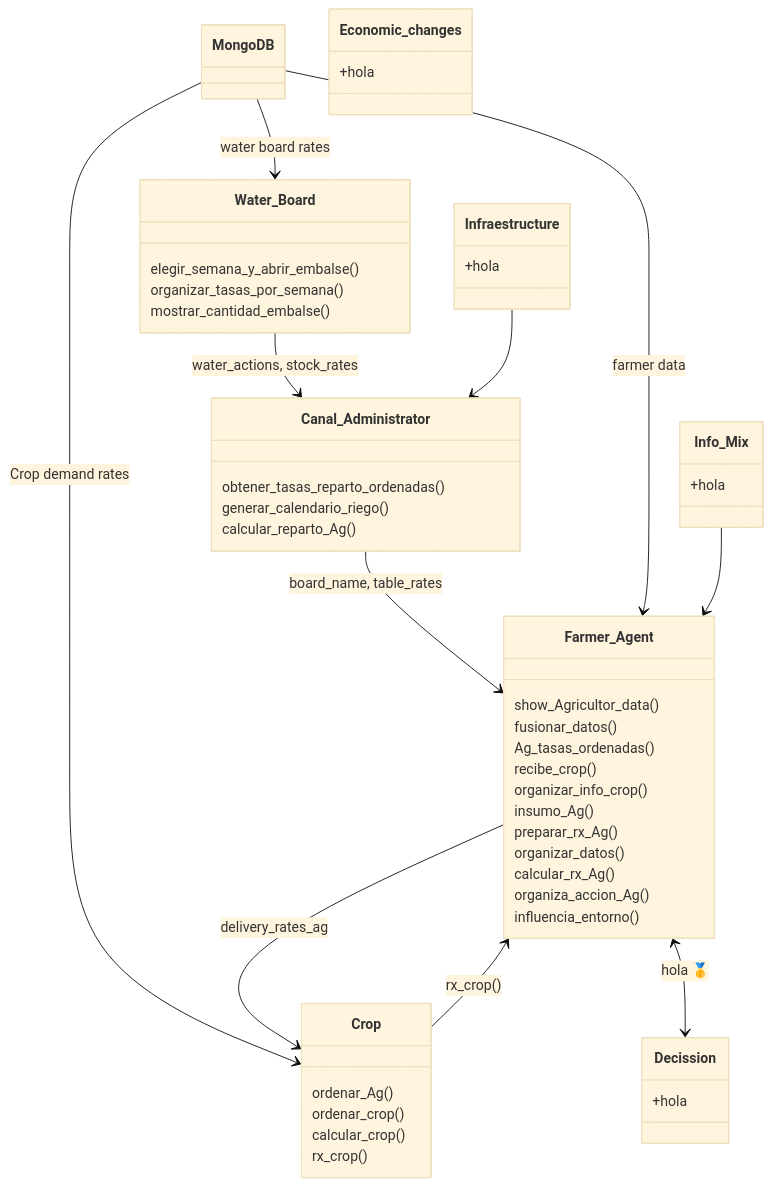
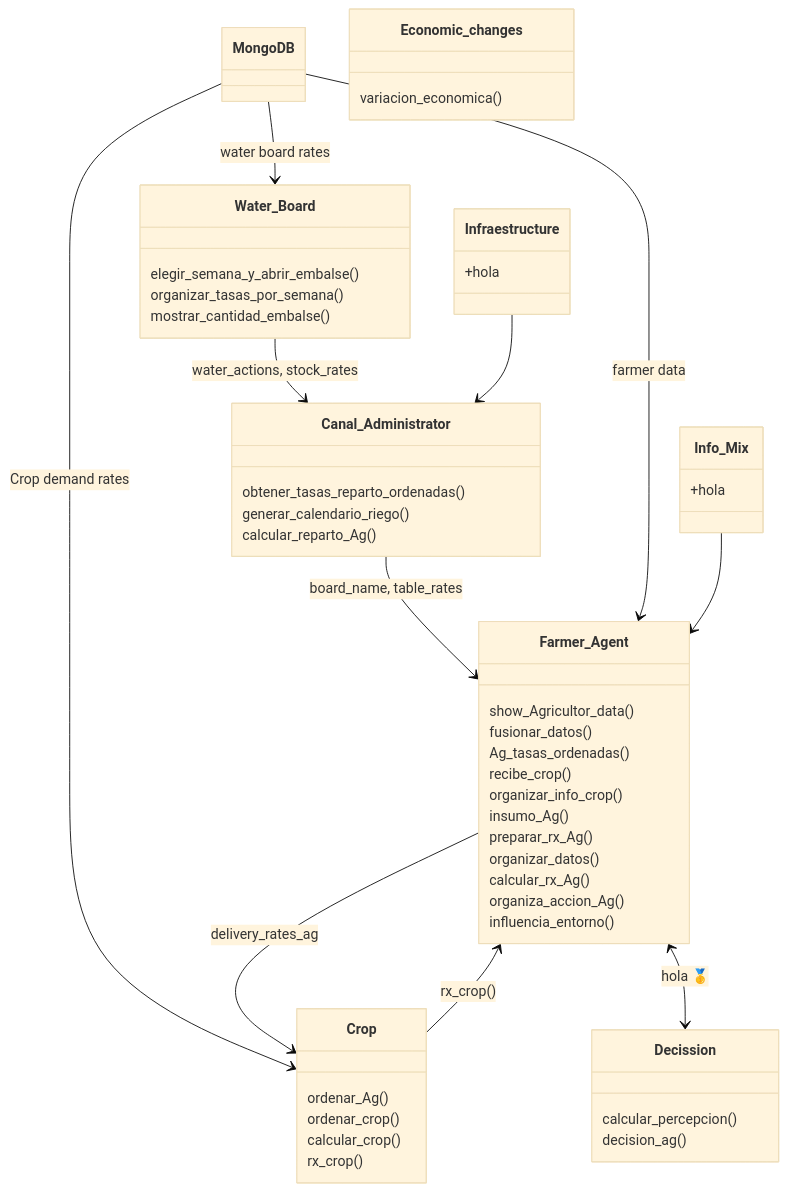
Before and after one commit to Pablov81/Agrotopia: the diagram in README.md, drawn with Mermaid (base theme).

````diff
--- a/README.md
+++ b/README.md
@@ -46,65 +46,66 @@
 ```mermaid
 classDiagram
     class MongoDB {
     }
 
     class Water_Board {
         elegir_semana_y_abrir_embalse()
         organizar_tasas_por_semana()
         mostrar_cantidad_embalse()
     }
 
     class Canal_Administrator{
         obtener_tasas_reparto_ordenadas()
         generar_calendario_riego()
         calcular_reparto_Ag()
     }
 
     class Farmer_Agent {
         show_Agricultor_data()
         fusionar_datos()
         Ag_tasas_ordenadas()
         recibe_crop()
         organizar_info_crop()
         insumo_Ag()
         preparar_rx_Ag()
         organizar_datos()
         calcular_rx_Ag()
         organiza_accion_Ag()
         influencia_entorno()
     }
 
     class Crop {
         ordenar_Ag()
         ordenar_crop()
         calcular_crop()
         rx_crop()
     }
 
     class Decission {
-        +hola
+        calcular_percepcion()
+        decision_ag()
     }
 
     class Info_Mix {
         +hola
     }
 
     class Infraestructure {
         +hola
     }
 
     class Economic_changes {
-        +hola
+        variacion_economica()
     }
 
     Water_Board --> Canal_Administrator: water_actions, stock_rates
     Canal_Administrator --> Farmer_Agent: board_name, table_rates
     MongoDB --> Water_Board: water board rates
     MongoDB --> Farmer_Agent: farmer data
     MongoDB --> Crop: Crop demand rates
     Farmer_Agent --> Crop: delivery_rates_ag
     Farmer_Agent <--> Decission:hola 🥇
     Info_Mix-->Farmer_Agent
     Infraestructure-->Canal_Administrator
     Crop --> Farmer_Agent:rx_crop()
 ```
````
